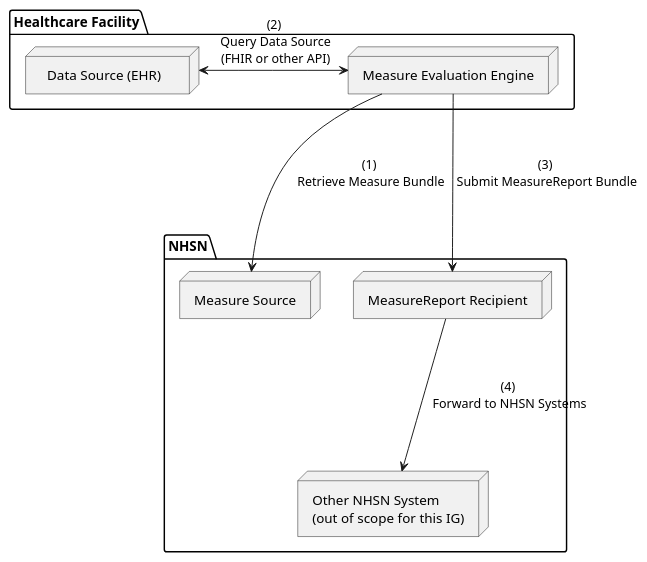
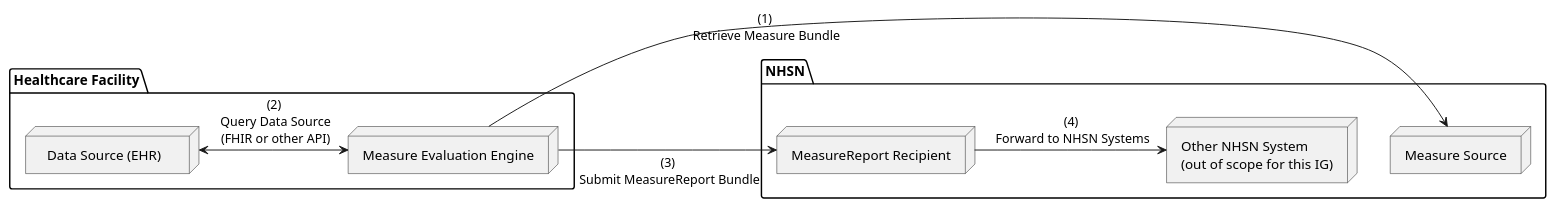
One commit to HL7/us-safr changed the diagram in input/images-source/usfr-push-1.plantuml. Above: the diagram before and after it, drawn with PlantUML. The commit also changed 2 other files, not shown here.

Commit message:
Update to diagrams on Specifications page.

```diff
--- a/input/images-source/usfr-push-1.plantuml
+++ b/input/images-source/usfr-push-1.plantuml
@@ -1,21 +1,20 @@
 @startuml
 
 package "Healthcare Facility" {
     node "  Data Source (EHR)    " as EHR
     node "Measure Evaluation Engine" as MEE1
 }
 
 package "NHSN" {
     node "Other NHSN System\n(out of scope for this IG)" as other
     node "Measure Source" as MS
     node "MeasureReport Recipient" as Recipient
 }
 
-EHR <->  MEE1 : (2)\n Query Data Source\n (FHIR or other API)
-
-MEE1 ---> MS : (1)\n Retrieve Measure Bundle
-MEE1 ---> Recipient : (3)\n Submit MeasureReport Bundle
-Recipient ---> other : (4)\n Forward to NHSN Systems
+MEE1 -> MS : (1)\n Retrieve Measure Bundle
+EHR  <->  MEE1 : (2)\n Query Data Source\n (FHIR or other API)
+MEE1 -> Recipient : (3)\n Submit MeasureReport Bundle
+Recipient -> other : (4)\n Forward to NHSN Systems
 
 
 @enduml
```
